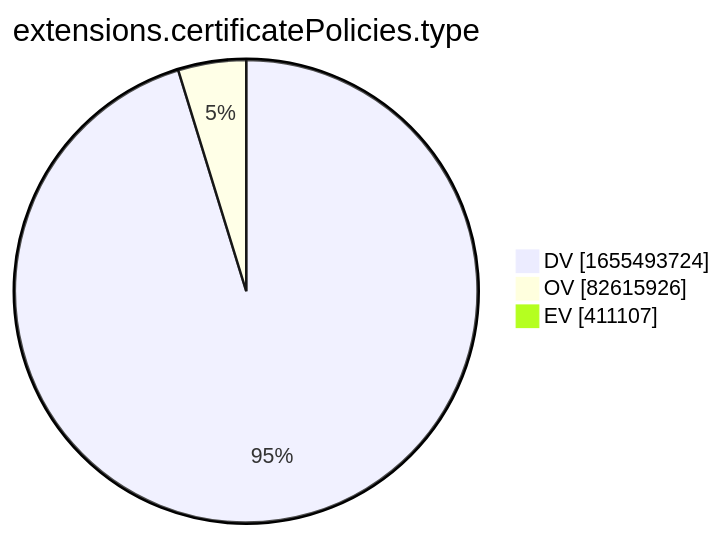
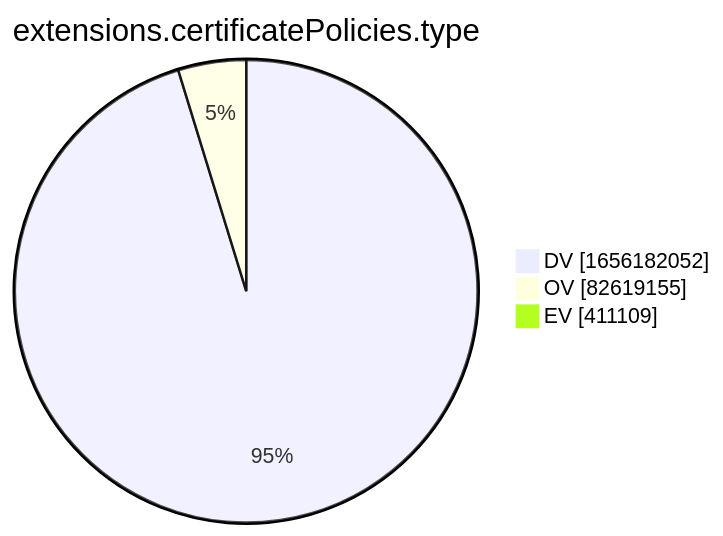
The tenth of 15 diagrams in xenon2022/README.md (christiankrug/ctmonitor_visualization), drawn with Mermaid before and after one commit. The commit also changed other lines of this file, not shown here.

````diff
--- a/xenon2022/README.md
+++ b/xenon2022/README.md
@@ -2880,7 +2880,7 @@
 ```mermaid
 pie showData
 title extensions.certificatePolicies.type
-"DV" :1655493724
-"OV" :82615926
-"EV" :411107
+"DV" :1656182052
+"OV" :82619155
+"EV" :411109
 ```
````
